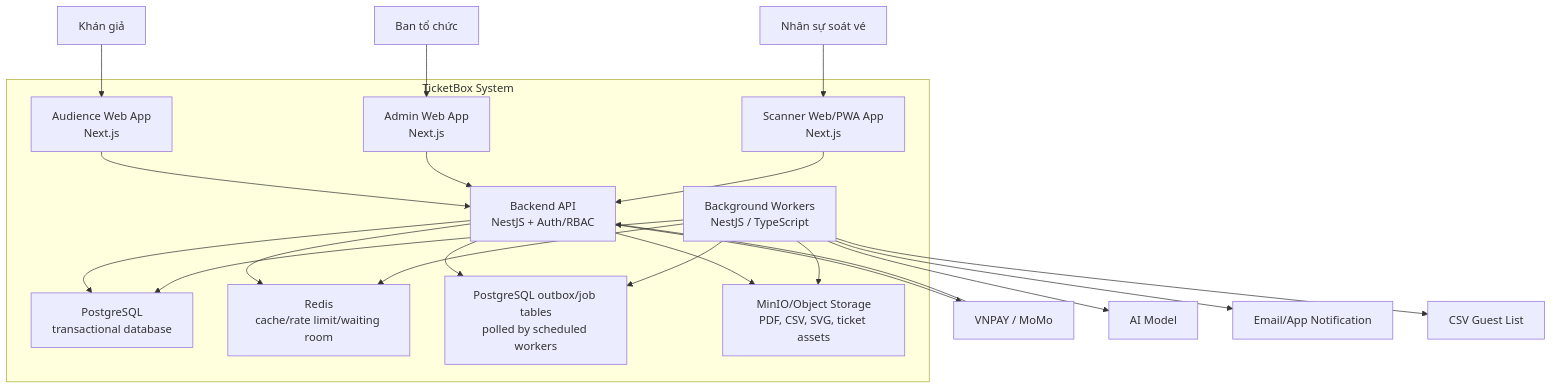
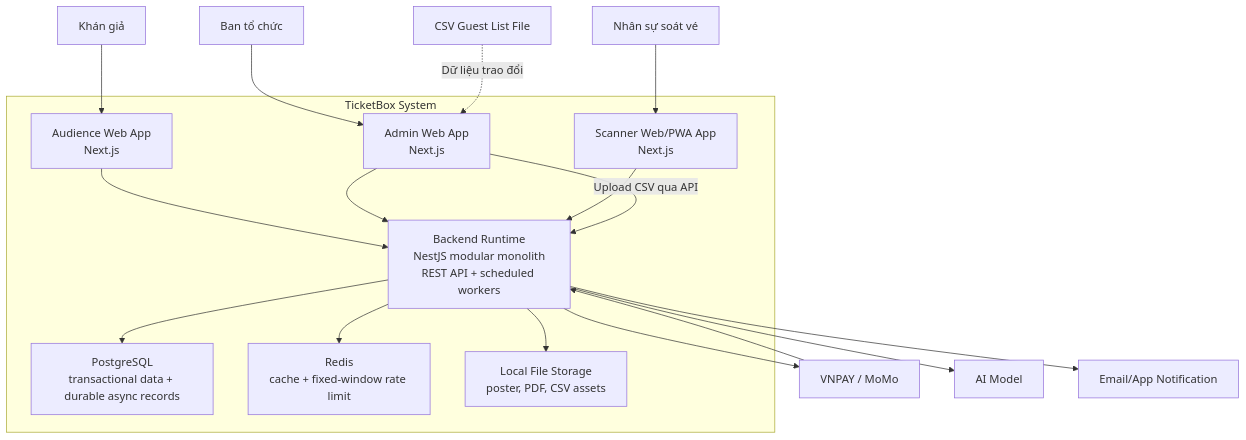
The second of 2 diagrams in blueprint/02-c4-diagrams.md (Toanapr/ticket-box), drawn with Mermaid before and after one commit. The commit also changed other lines of this file and 24 other files, not shown here.

````diff
--- a/blueprint/02-c4-diagrams.md
+++ b/blueprint/02-c4-diagrams.md
@@ -38,47 +38,40 @@
 ```mermaid
 flowchart TD
     Audience["Khán giả"]
     Organizer["Ban tổ chức"]
     ScannerStaff["Nhân sự soát vé"]
 
     subgraph TicketBox["TicketBox System"]
         AudienceWeb["Audience Web App<br/>Next.js"]
         AdminWeb["Admin Web App<br/>Next.js"]
         ScannerApp["Scanner Web/PWA App<br/>Next.js"]
-        Gateway["Backend API<br/>NestJS + Auth/RBAC"]
-        Workers["Background Workers<br/>NestJS / TypeScript"]
-        Postgres["PostgreSQL<br/>transactional database"]
-        Redis["Redis<br/>cache/rate limit/waiting room"]
-        Outbox["PostgreSQL outbox/job tables<br/>polled by scheduled workers"]
-        ObjectStorage["MinIO/Object Storage<br/>PDF, CSV, SVG, ticket assets"]
+        Gateway["Backend Runtime<br/>NestJS modular monolith<br/>REST API + scheduled workers"]
+        Postgres["PostgreSQL<br/>transactional data + durable async records"]
+        Redis["Redis<br/>cache + fixed-window rate limit"]
+        FileStorage["Local File Storage<br/>poster, PDF, CSV assets"]
     end
 
     Payment["VNPAY / MoMo"]
     AI["AI Model"]
     Email["Email/App Notification"]
-    CSVSource["CSV Guest List"]
+    CSVFile["CSV Guest List File"]
 
     Audience --> AudienceWeb
     Organizer --> AdminWeb
     ScannerStaff --> ScannerApp
 
     AudienceWeb --> Gateway
     AdminWeb --> Gateway
     ScannerApp --> Gateway
 
     Gateway --> Postgres
     Gateway --> Redis
-    Gateway --> Outbox
-    Gateway --> ObjectStorage
-
-    Workers --> Outbox
-    Workers --> Postgres
-    Workers --> Redis
-    Workers --> ObjectStorage
+    Gateway --> FileStorage
 
     Gateway --> Payment
     Payment --> Gateway
-    Workers --> AI
-    Workers --> Email
-    Workers --> CSVSource
+    Gateway --> AI
+    Gateway --> Email
+    AdminWeb -->|"Upload CSV qua API"| Gateway
+    CSVFile -. "Dữ liệu trao đổi" .-> AdminWeb
 ```
````
